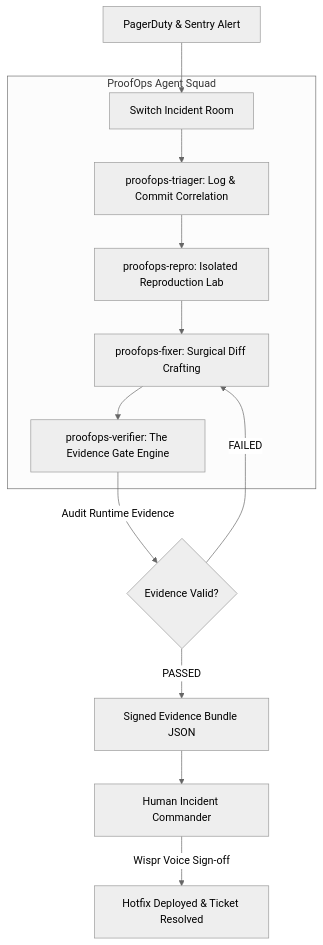
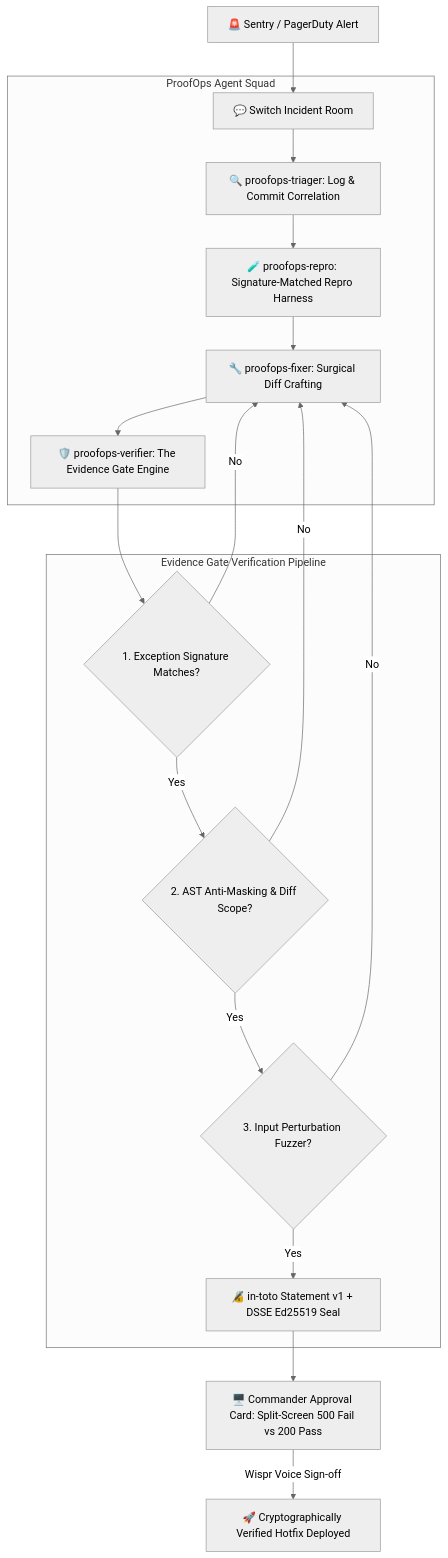
One commit to GauravPatil2515/proofops changed the diagram in README.md. Above: the diagram before and after it, drawn with Mermaid (neutral theme). The commit also changed other lines of this file, not shown here.

Commit message:
docs: enhance README with in-toto DSSE attestation, AST anti-masking, and AgentChaos v3.0 benchmarks

````diff
--- a/README.md
+++ b/README.md
@@ -38,17 +39,24 @@
 ```mermaid
 flowchart TD
-    Alert[PagerDuty & Sentry Alert] --> Room[Switch Incident Room]
+    Alert["🚨 Sentry / PagerDuty Alert"] --> Room["💬 Switch Incident Room"]
     
     subgraph ProofOps Agent Squad
-        Room --> Triage[proofops-triager: Log & Commit Correlation]
-        Triage --> Repro[proofops-repro: Isolated Reproduction Lab]
-        Repro --> Fix[proofops-fixer: Surgical Diff Crafting]
-        Fix --> Verifier[proofops-verifier: The Evidence Gate Engine]
+        Room --> Triage["🔍 proofops-triager: Log & Commit Correlation"]
+        Triage --> Repro["🧪 proofops-repro: Signature-Matched Repro Harness"]
+        Repro --> Fix["🔧 proofops-fixer: Surgical Diff Crafting"]
+        Fix --> Verifier["🛡️ proofops-verifier: The Evidence Gate Engine"]
     end
     
-    Verifier -->|Audit Runtime Evidence| GateCheck{Evidence Valid?}
-    GateCheck -- FAILED --> Fix
-    GateCheck -- PASSED --> Bundle[Signed Evidence Bundle JSON]
-    Bundle --> Human[Human Incident Commander]
-    Human -->|Wispr Voice Sign-off| Production[Hotfix Deployed & Ticket Resolved]
+    subgraph Evidence Gate Verification Pipeline
+        Verifier --> SigCheck{"1. Exception Signature Matches?"}
+        SigCheck -- No --> Fix
+        SigCheck -- Yes --> AstCheck{"2. AST Anti-Masking & Diff Scope?"}
+        AstCheck -- No --> Fix
+        AstCheck -- Yes --> FuzzCheck{"3. Input Perturbation Fuzzer?"}
+        FuzzCheck -- No --> Fix
+        FuzzCheck -- Yes --> InToto["🔏 in-toto Statement v1 + DSSE Ed25519 Seal"]
+    end
+    
+    InToto --> ApprovalCard["🖥️ Commander Approval Card: Split-Screen 500 Fail vs 200 Pass"]
+    ApprovalCard -->|Wispr Voice Sign-off| Deploy["🚀 Cryptographically Verified Hotfix Deployed"]
 ```
````
